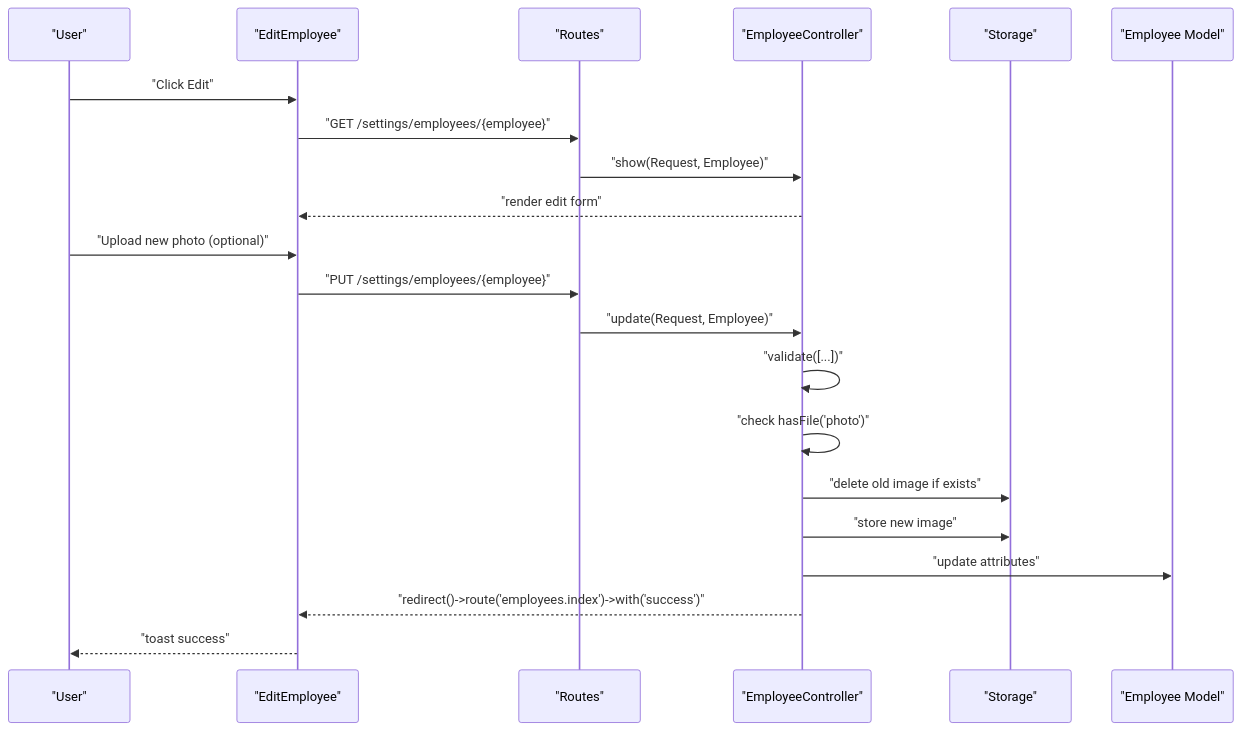
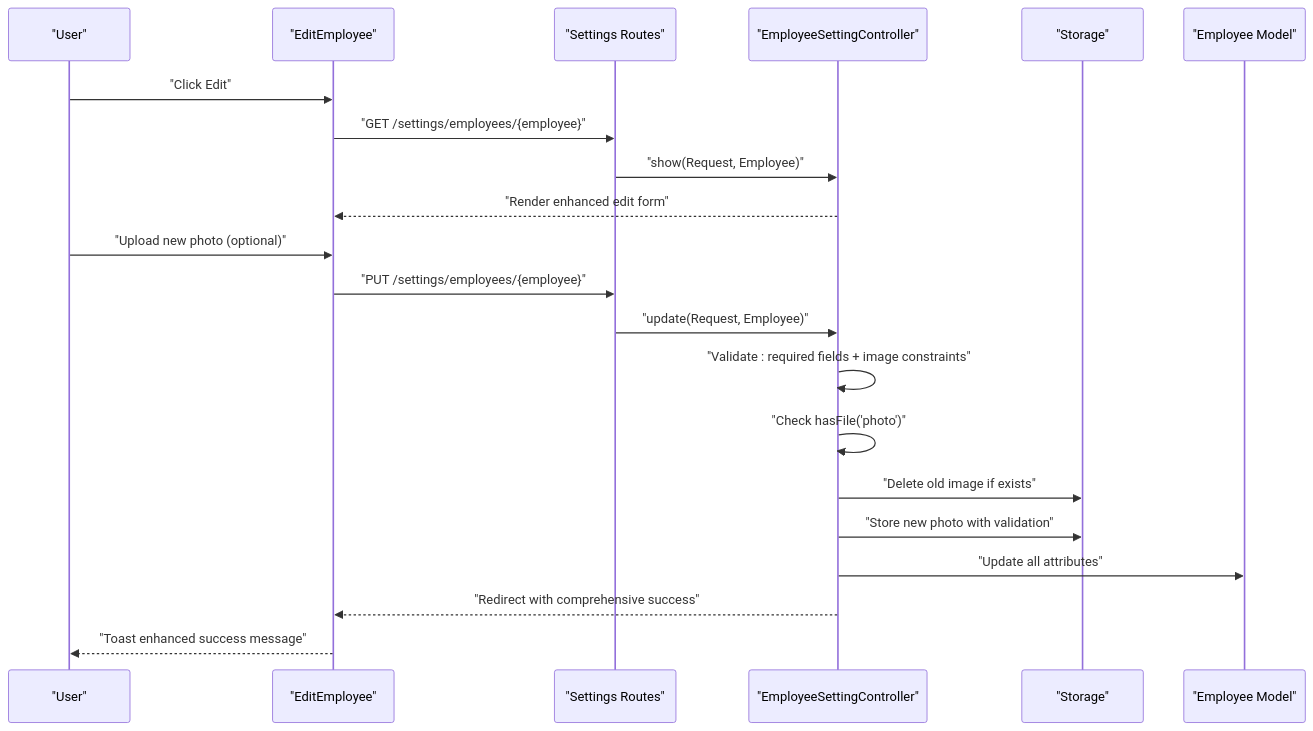
Before and after one commit to vincet0t15/template: the fifth of 8 diagrams in .qoder/repowiki/en/content/Employee Management/Employee CRUD Operations.md, drawn with Mermaid. The commit also changed other lines of this file and 7 other files, not shown here.

````diff
--- a/.qoder/repowiki/en/content/Employee Management/Employee CRUD Operations.md
+++ b/.qoder/repowiki/en/content/Employee Management/Employee CRUD Operations.md
@@ -211,23 +249,23 @@
 ```mermaid
 sequenceDiagram
 participant U as "User"
 participant FE as "EditEmployee"
-participant RT as "Routes"
-participant CT as "EmployeeController"
+participant RT as "Settings Routes"
+participant CT as "EmployeeSettingController"
 participant ST as "Storage"
 participant MD as "Employee Model"
 U->>FE : "Click Edit"
 FE->>RT : "GET /settings/employees/{employee}"
 RT->>CT : "show(Request, Employee)"
-CT-->>FE : "render edit form"
+CT-->>FE : "Render enhanced edit form"
 U->>FE : "Upload new photo (optional)"
 FE->>RT : "PUT /settings/employees/{employee}"
 RT->>CT : "update(Request, Employee)"
-CT->>CT : "validate([...])"
-CT->>CT : "check hasFile('photo')"
-CT->>ST : "delete old image if exists"
-CT->>ST : "store new image"
-CT->>MD : "update attributes"
-CT-->>FE : "redirect()->route('employees.index')->with('success')"
-FE-->>U : "toast success"
+CT->>CT : "Validate : required fields + image constraints"
+CT->>CT : "Check hasFile('photo')"
+CT->>ST : "Delete old image if exists"
+CT->>ST : "Store new photo with validation"
+CT->>MD : "Update all attributes"
+CT-->>FE : "Redirect with comprehensive success"
+FE-->>U : "Toast enhanced success message"
 ```
````
